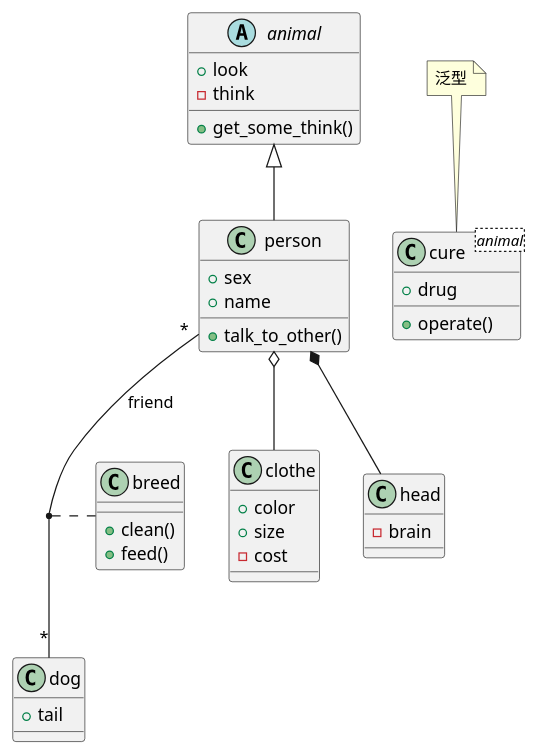
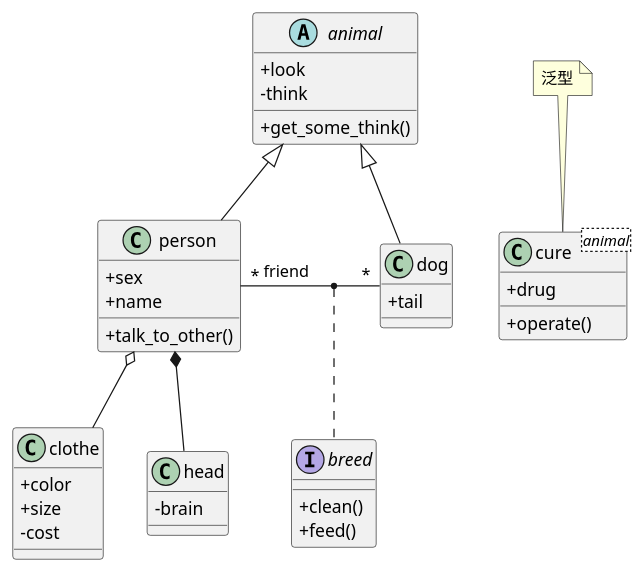
Before and after one commit to zerlei/me: the diagram in docs/tech/OOAna&Design_ca/5-UML/6.类图.md, drawn with PlantUML. The commit also changed other lines of this file and 16 other files, not shown here.

````diff
--- a/docs/tech/OOAna&Design_ca/5-UML/6.类图.md
+++ b/docs/tech/OOAna&Design_ca/5-UML/6.类图.md
@@ -45,47 +45,48 @@
 ```plantuml
+skinparam classAttributeIconSize 0
 abstract animal {
     + look
     - think
     + get_some_think()
 }
 class person {
     + sex
     + name
     + talk_to_other()
 }
 
-animal<|--person
+class dog {
+    + tail
+}
+interface breed {
+    + clean()
+    + feed()
+}
+animal <|-- person
+animal <|-- dog
+person "*" -left- "*" dog : friend
 
+(person,dog) . breed
 class clothe {
     + color
     + size
     - cost
 }
 person o-- clothe
 
 class head {
     - brain
 }
 person *-- head
 
 
-class dog {
-    + tail
-}
 
-person "*" -- "*" dog : friend
-
-class breed {
-    + clean()
-    + feed()
-}
-(person,dog) .. breed
 
 
 class cure<animal> {
     + drug
     + operate()
 }
 
 note top of cure: 泛型
 ```
````
